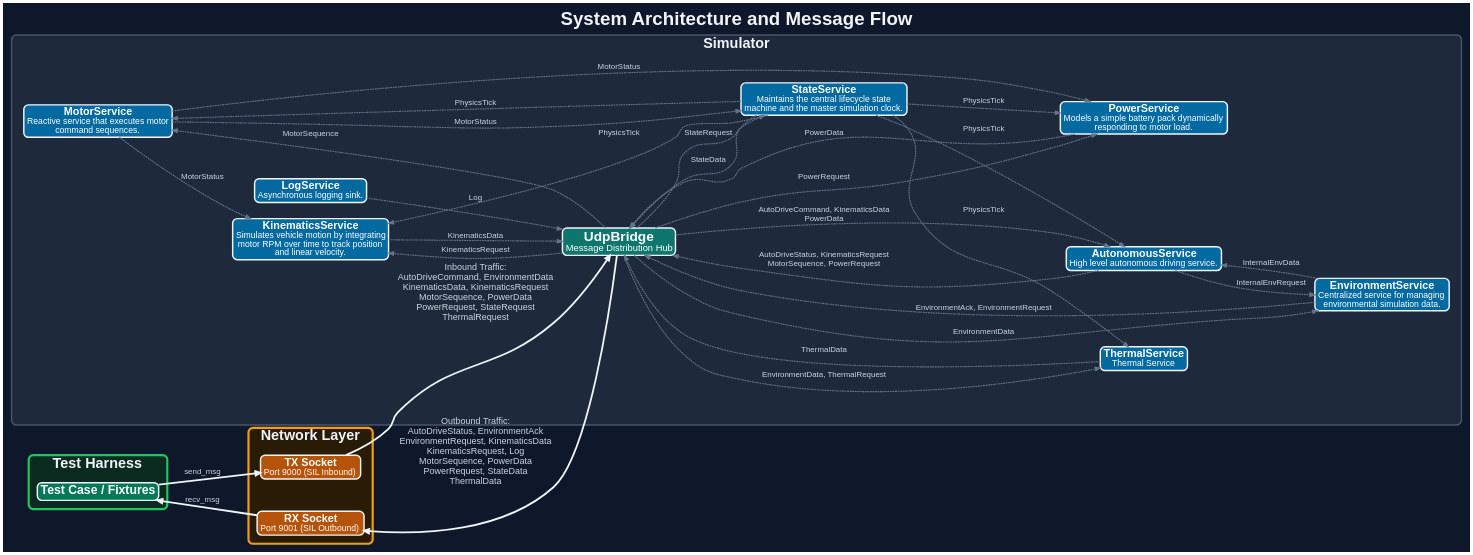
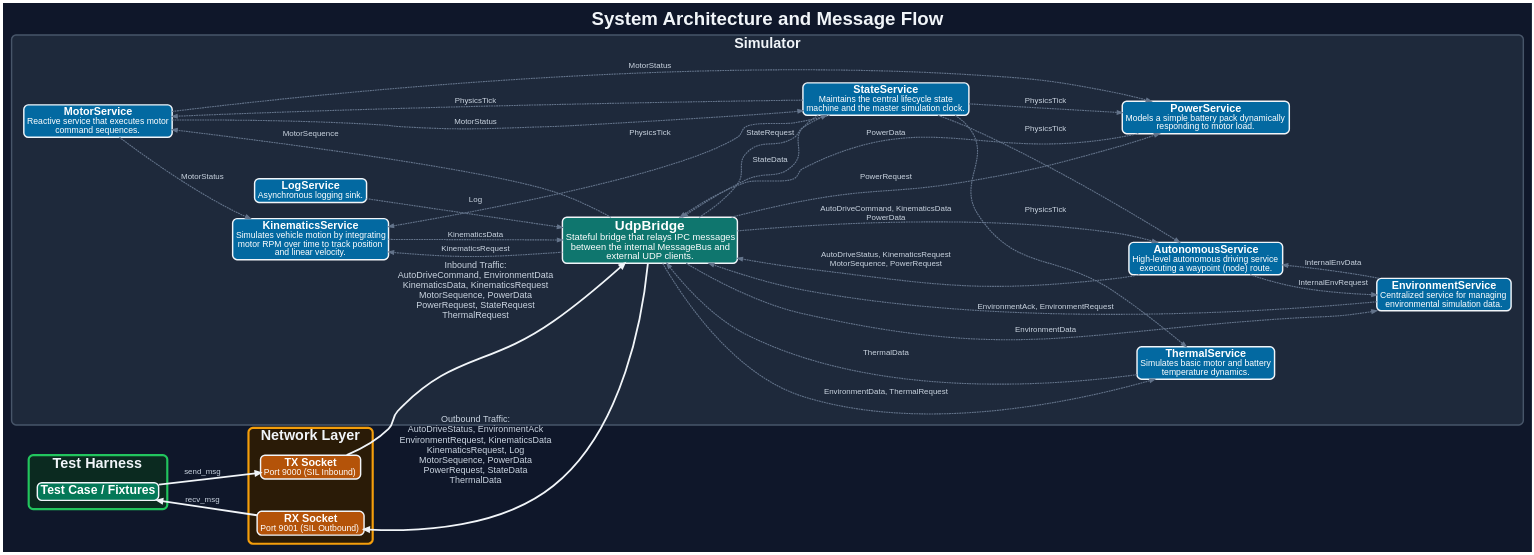
The diagram in doc/ipc_flow.dot (AxelBjork/reflect_pytest), drawn with Graphviz before and after one commit. The commit also changed 15 other files, not shown here.

```diff
--- a/doc/ipc_flow.dot
+++ b/doc/ipc_flow.dot
@@ -1,159 +1,159 @@
 digraph IPC {
   rankdir=LR;
   bgcolor="#0F172A";
   pad=0.22;
   nodesep=0.62;
   ranksep=0.70;
   splines=spline;
   remincross=true;
 
   fontname="Helvetica,Arial,sans-serif";
   fontsize=52;
   fontcolor="#F1F5F9";
   label=<<B>System Architecture and Message Flow</B>>;
   labelloc="t";
 
   node [
     fontname="Helvetica,Arial,sans-serif",
     shape=rect,
     style="filled,rounded",
     fixedsize=false,
     margin="0.12,0.08",
     fontsize=28,
     fontcolor="#FFFFFF",
     penwidth=4,
     color="#F1F5F9"
   ];
 
   edge [
     fontname="Helvetica,Arial,sans-serif",
     fontsize=22,
     fontcolor="#CBD5E1",
     color="#64748B",
     penwidth=3.0,
     arrowsize=1.4,
     labelfloat=false,
     labeldistance=0.8,
     labelangle=10
   ];
 
   // --- Simulator ---
   subgraph cluster_sim {
     label=<<B><FONT POINT-SIZE="40">Simulator</FONT></B>>;
     fontcolor="#F1F5F9";
     style="rounded,filled";
     color="#475569";
     penwidth=4;
     fillcolor="#1E293B";
     margin=34;
     MotorService [
       fillcolor="#0369A1",
       label=<<B><FONT POINT-SIZE="30">MotorService</FONT></B><BR/><FONT POINT-SIZE="24">Reactive service that executes motor<BR/>command sequences.</FONT>>
     ];
     KinematicsService [
       fillcolor="#0369A1",
       label=<<B><FONT POINT-SIZE="30">KinematicsService</FONT></B><BR/><FONT POINT-SIZE="24">Simulates vehicle motion by integrating<BR/>motor RPM over time to track position<BR/>and linear velocity.</FONT>>
     ];
     PowerService [
       fillcolor="#0369A1",
       label=<<B><FONT POINT-SIZE="30">PowerService</FONT></B><BR/><FONT POINT-SIZE="24">Models a simple battery pack dynamically<BR/>responding to motor load.</FONT>>
     ];
     StateService [
       fillcolor="#0369A1",
       label=<<B><FONT POINT-SIZE="30">StateService</FONT></B><BR/><FONT POINT-SIZE="24">Maintains the central lifecycle state<BR/>machine and the master simulation clock.</FONT>>
     ];
     ThermalService [
       fillcolor="#0369A1",
-      label=<<B><FONT POINT-SIZE="30">ThermalService</FONT></B><BR/><FONT POINT-SIZE="24">Thermal Service</FONT>>
+      label=<<B><FONT POINT-SIZE="30">ThermalService</FONT></B><BR/><FONT POINT-SIZE="24">Simulates basic motor and battery<BR/>temperature dynamics.</FONT>>
     ];
     EnvironmentService [
       fillcolor="#0369A1",
       label=<<B><FONT POINT-SIZE="30">EnvironmentService</FONT></B><BR/><FONT POINT-SIZE="24">Centralized service for managing<BR/>environmental simulation data.</FONT>>
     ];
     AutonomousService [
       fillcolor="#0369A1",
-      label=<<B><FONT POINT-SIZE="30">AutonomousService</FONT></B><BR/><FONT POINT-SIZE="24">High level autonomous driving service.</FONT>>
+      label=<<B><FONT POINT-SIZE="30">AutonomousService</FONT></B><BR/><FONT POINT-SIZE="24">High-level autonomous driving service<BR/>executing a waypoint (node) route.</FONT>>
     ];
     LogService [
       fillcolor="#0369A1",
       label=<<B><FONT POINT-SIZE="30">LogService</FONT></B><BR/><FONT POINT-SIZE="24">Asynchronous logging sink.</FONT>>
     ];
     UdpBridge [
       fillcolor="#0F766E",
-      label=<<B><FONT POINT-SIZE="38">UdpBridge</FONT></B><BR/><FONT POINT-SIZE="26">Message Distribution Hub</FONT>>
+      label=<<B><FONT POINT-SIZE="38">UdpBridge</FONT></B><BR/><FONT POINT-SIZE="26">Stateful bridge that relays IPC messages<BR/>between the internal MessageBus and<BR/>external UDP clients.</FONT>>
     ];
   }
 
   // --- Network Layer bounding box (TX/RX) ---
   subgraph cluster_sockets {
     label=<<B><FONT POINT-SIZE="40">Network Layer</FONT></B>>;
     fontcolor="#F1F5F9";
     style="rounded,filled";
     color="#F59E0B";
     penwidth=6;
     fillcolor="#2A1B07";
     margin=24;
 
     { rank=same; TX; RX; }
 
     TX [
       fillcolor="#B45309",
       label=<<B><FONT POINT-SIZE="30">TX Socket</FONT></B><BR/><FONT POINT-SIZE="24">Port 9000 (SIL Inbound)</FONT>>
     ];
     RX [
       fillcolor="#B45309",
       label=<<B><FONT POINT-SIZE="30">RX Socket</FONT></B><BR/><FONT POINT-SIZE="24">Port 9001 (SIL Outbound)</FONT>>
     ];
 
     TX -> RX [style=invis, weight=50, constraint=false];
   }
 
   // --- Test Harness bounding box ---
   subgraph cluster_fixtures {
     label=<<B><FONT POINT-SIZE="40">Test Harness</FONT></B>>;
     fontcolor="#F1F5F9";
     style="rounded,filled";
     color="#22C55E";
     penwidth=6;
     fillcolor="#0B2A20";
     margin=24;
 
     TestCase [
       fillcolor="#047857",
       label=<<B><FONT POINT-SIZE="34">Test Case / Fixtures</FONT></B>>
     ];
   }
 
   TestCase -> TX [label="send_msg", color="#F1F5F9", penwidth=5];
   TX -> UdpBridge [label="Inbound Traffic:\nAutoDriveCommand, EnvironmentData\nKinematicsData, KinematicsRequest\nMotorSequence, PowerData\nPowerRequest, StateRequest\nThermalRequest", color="#F1F5F9", penwidth=5, fontsize=25];
 
   // Internal Simulator Logic
   AutonomousService -> EnvironmentService [label="InternalEnvRequest", style=dashed];
   AutonomousService -> UdpBridge [label="AutoDriveStatus, KinematicsRequest\nMotorSequence, PowerRequest", style=dashed];
   EnvironmentService -> AutonomousService [label="InternalEnvData", style=dashed];
   EnvironmentService -> UdpBridge [label="EnvironmentAck, EnvironmentRequest", style=dashed];
   KinematicsService -> UdpBridge [label="KinematicsData", style=dashed];
   LogService -> UdpBridge [label="Log", style=dashed];
   MotorService -> KinematicsService [label="MotorStatus", style=dashed];
   MotorService -> PowerService [label="MotorStatus", style=dashed];
   MotorService -> StateService [label="MotorStatus", style=dashed];
   PowerService -> UdpBridge [label="PowerData", style=dashed];
   StateService -> AutonomousService [label="PhysicsTick", style=dashed];
   StateService -> KinematicsService [label="PhysicsTick", style=dashed];
   StateService -> MotorService [label="PhysicsTick", style=dashed];
   StateService -> PowerService [label="PhysicsTick", style=dashed];
   StateService -> ThermalService [label="PhysicsTick", style=dashed];
   StateService -> UdpBridge [label="StateData", style=dashed];
   ThermalService -> UdpBridge [label="ThermalData", style=dashed];
   UdpBridge -> AutonomousService [label="AutoDriveCommand, KinematicsData\nPowerData", style=dashed];
   UdpBridge -> EnvironmentService [label="EnvironmentData", style=dashed];
   UdpBridge -> KinematicsService [label="KinematicsRequest", style=dashed];
   UdpBridge -> MotorService [label="MotorSequence", style=dashed];
   UdpBridge -> PowerService [label="PowerRequest", style=dashed];
   UdpBridge -> StateService [label="StateRequest", style=dashed];
   UdpBridge -> ThermalService [label="EnvironmentData, ThermalRequest", style=dashed];
 
   // Flow: Simulator -> Network -> Test Harness
   RX -> UdpBridge [label="Outbound Traffic:\nAutoDriveStatus, EnvironmentAck\nEnvironmentRequest, KinematicsData\nKinematicsRequest, Log\nMotorSequence, PowerData\nPowerRequest, StateData\nThermalData", color="#F1F5F9", penwidth=5, dir=back, fontsize=25, arrowtail=normal];
   TestCase -> RX [label="recv_msg", color="#F1F5F9", penwidth=5, dir=back, arrowtail=normal];
 }
```
